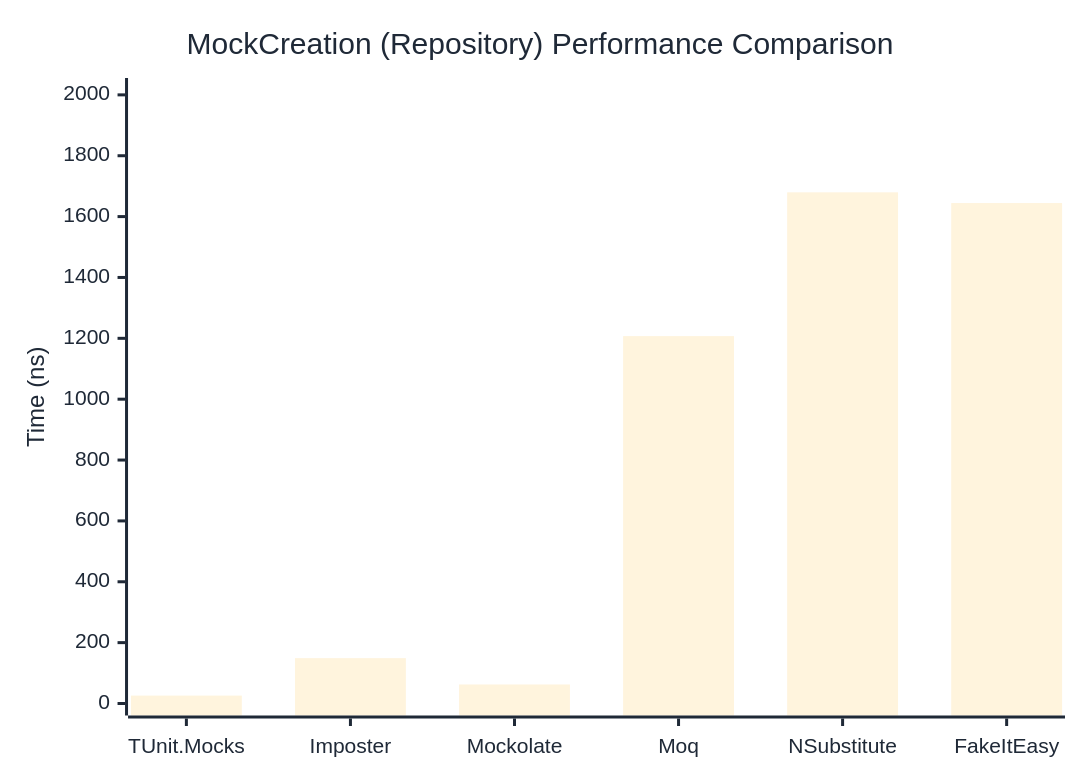
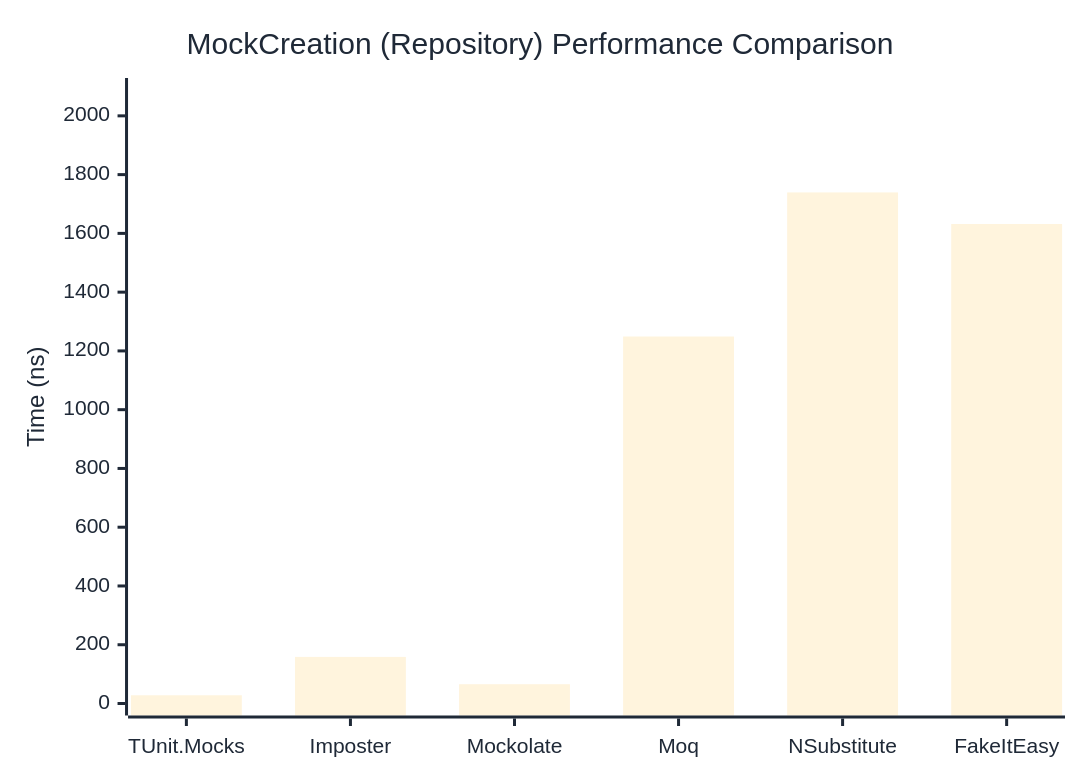
Before and after one commit to thomhurst/TUnit: the second of 2 diagrams in docs/docs/benchmarks/mocks/MockCreation.md, drawn with Mermaid. The commit also changed other lines of this file and 14 other files, not shown here.

````diff
--- a/docs/docs/benchmarks/mocks/MockCreation.md
+++ b/docs/docs/benchmarks/mocks/MockCreation.md
@@ -69,27 +69,27 @@
 ```mermaid
 %%{init: {
   'theme':'base',
   'themeVariables': {
     'primaryColor': '#2563eb',
     'primaryTextColor': '#1f2937',
     'primaryBorderColor': '#1e40af',
     'lineColor': '#6b7280',
     'secondaryColor': '#7c3aed',
     'tertiaryColor': '#dc2626',
     'background': '#ffffff',
     'pie1': '#2563eb',
     'pie2': '#7c3aed',
     'pie3': '#dc2626',
     'pie4': '#f59e0b',
     'pie5': '#10b981',
     'pie6': '#06b6d4',
     'pie7': '#ec4899',
     'pie8': '#6366f1'
   }
 }}%%
 xychart-beta
   title "MockCreation (Repository) Performance Comparison"
   x-axis ["TUnit.Mocks", "Imposter", "Mockolate", "Moq", "NSubstitute", "FakeItEasy"]
-  y-axis "Time (ns)" 0 --> 2016
-  bar [25.95, 149.09, 62.55, 1207.25, 1679.76, 1644.48]
+  y-axis "Time (ns)" 0 --> 2088
+  bar [27.98, 158.55, 65.58, 1249.02, 1739.42, 1631.99]
 ```
````
